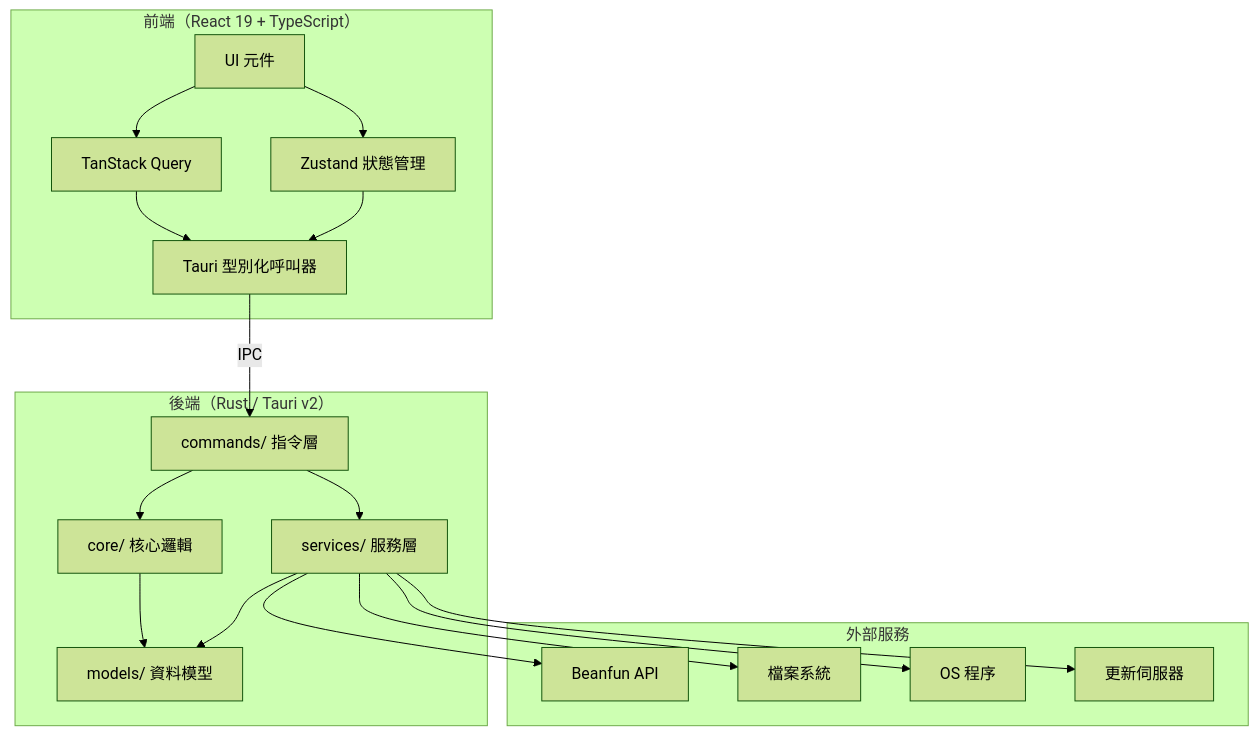
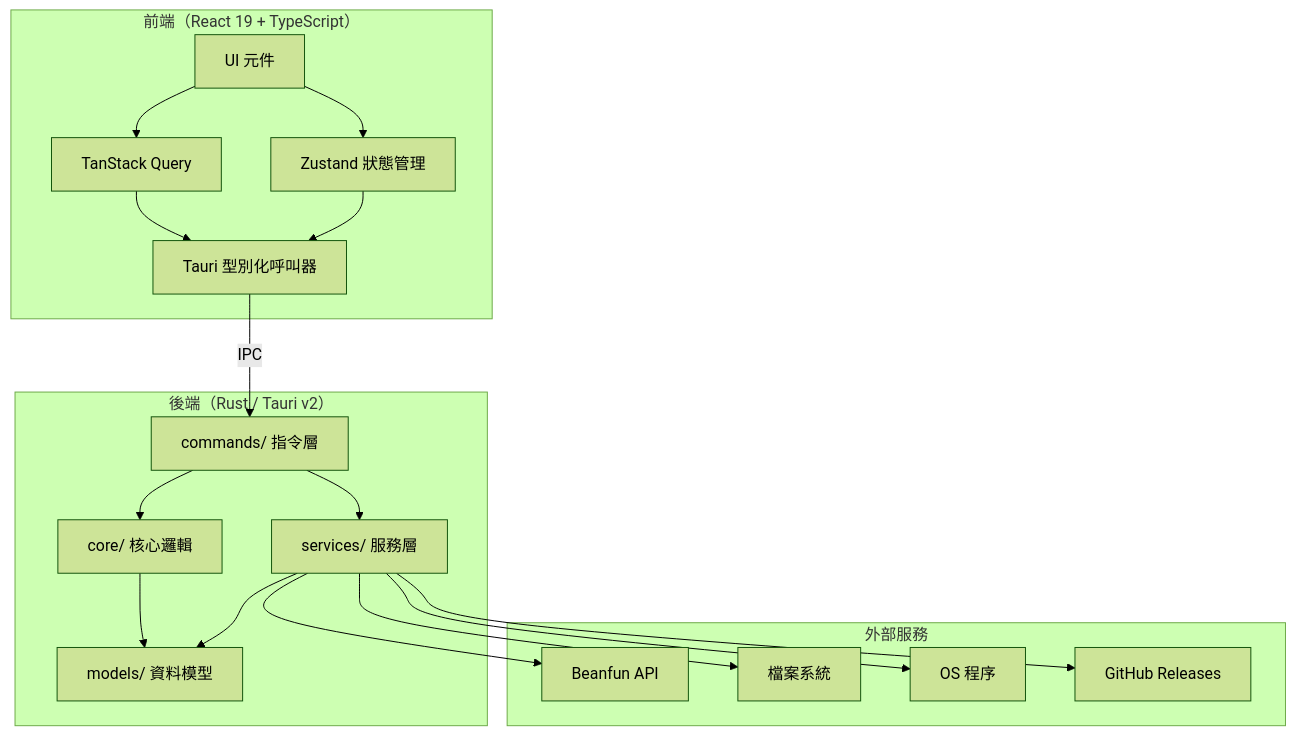
The first of 2 diagrams in README.md (lshw54/maplelink), drawn with Mermaid (forest theme) before and after one commit. The commit also changed other lines of this file and 1 other file, not shown here.

Commit message:
docs: sync README features, fix architecture diagram, align dev guide

````diff
--- a/README.md
+++ b/README.md
@@ -79,37 +79,37 @@
 ```mermaid
 graph TB
     subgraph 前端 ["前端（React 19 + TypeScript）"]
         UI[UI 元件]
         Zustand[Zustand 狀態管理]
         TQ[TanStack Query]
         Invoker[Tauri 型別化呼叫器]
     end
 
     subgraph 後端 ["後端（Rust / Tauri v2）"]
         Commands[commands/ 指令層]
         Core[core/ 核心邏輯]
         Services[services/ 服務層]
         Models[models/ 資料模型]
     end
 
     subgraph 外部 ["外部服務"]
         Beanfun[Beanfun API]
         FS[檔案系統]
         Process[OS 程序]
-        Updater[更新伺服器]
+        Updater[GitHub Releases]
     end
 
     UI --> Zustand
     UI --> TQ
     TQ --> Invoker
     Zustand --> Invoker
     Invoker -->|IPC| Commands
     Commands --> Core
     Commands --> Services
     Core --> Models
     Services --> Models
     Services --> Beanfun
     Services --> FS
     Services --> Process
     Services --> Updater
 ```
````
